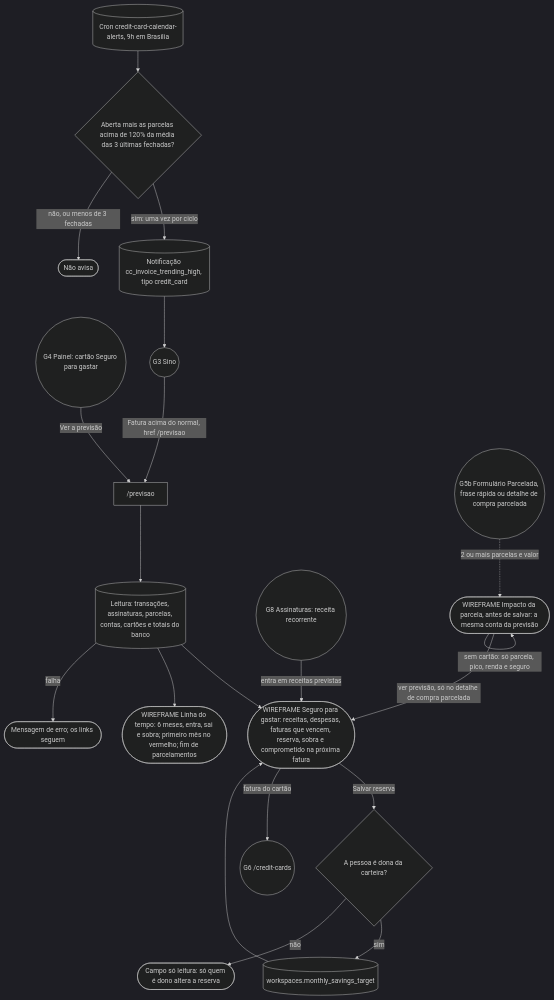
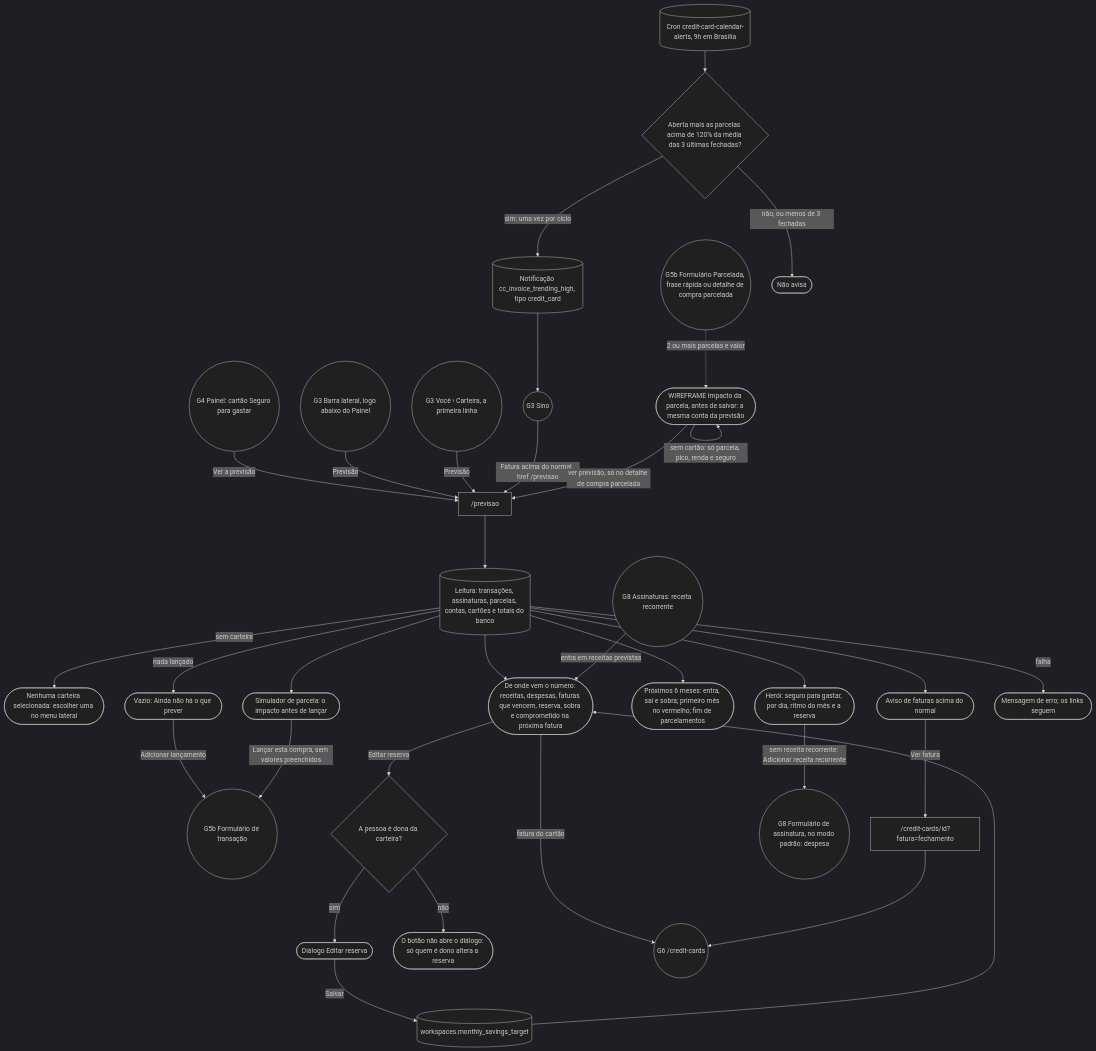
Before and after one commit to kauax2000/finance_app: diagram 20 of 32 in docs/JORNADAS.md, drawn with Mermaid. The commit also changed other lines of this file and 2 other files, not shown here.

Commit message:
docs(jornadas): a Previsão na navegação e as portas novas da tela

````diff
--- a/docs/JORNADAS.md
+++ b/docs/JORNADAS.md
@@ -1586,24 +1595,37 @@
 ```mermaid
 %%{init: {"theme": "dark"}}%%
 flowchart TD
     dash(("G4 Painel: cartão Seguro para gastar")) -->|"Ver a previsão"| prev["/previsao"]
+    side(("G3 Barra lateral, logo abaixo do Painel")) -->|"Previsão"| prev
+    voce(("G3 Você › Carteira, a primeira linha")) -->|"Previsão"| prev
     bell(("G3 Sino")) -->|"Fatura acima do normal, href /previsao"| prev
     prev --> read[("Leitura: transações, assinaturas, parcelas, contas, cartões e totais do banco")]
-    read --> detail(["WIREFRAME Seguro para gastar: receitas, despesas, faturas que vencem, reserva, sobra e comprometido na próxima fatura"])
-    read --> linhaTempo(["WIREFRAME Linha do tempo: 6 meses, entra, sai e sobra; primeiro mês no vermelho; fim de parcelamentos"])
+    read -->|"sem carteira"| noWallet(["Nenhuma carteira selecionada: escolher uma no menu lateral"])
+    read -->|"nada lançado"| vazio(["Vazio: Ainda não há o que prever"])
+    vazio -->|"Adicionar lançamento"| G5b(("G5b Formulário de transação"))
+    read --> heroi(["Herói: seguro para gastar, por dia, ritmo do mês e a reserva"])
+    read --> deOnde(["De onde vem o número: receitas, despesas, faturas que vencem, reserva, sobra e comprometido na próxima fatura"])
+    read --> proximos(["Próximos 6 meses: entra, sai e sobra; primeiro mês no vermelho; fim de parcelamentos"])
+    read --> altas(["Aviso de faturas acima do normal"])
+    read --> sim(["Simulador de parcela: o impacto antes de lançar"])
     read -->|"falha"| readErr(["Mensagem de erro; os links seguem"])
-    detail -->|"Salvar reserva"| owner{"A pessoa é dona da carteira?"}
-    owner -->|"sim"| saveReserve[("workspaces.monthly_savings_target")] --> detail
-    owner -->|"não"| readOnly(["Campo só leitura: só quem é dono altera a reserva"])
-    detail -->|"fatura do cartão"| G6(("G6 /credit-cards"))
+    deOnde -->|"Editar reserva"| owner{"A pessoa é dona da carteira?"}
+    owner -->|"sim"| reservaDlg(["Diálogo Editar reserva"])
+    reservaDlg -->|"Salvar"| saveReserve[("workspaces.monthly_savings_target")] --> deOnde
+    owner -->|"não"| readOnly(["O botão não abre o diálogo: só quem é dono altera a reserva"])
+    deOnde -->|"fatura do cartão"| G6(("G6 /credit-cards"))
+    altas -->|"Ver fatura"| fatura["/credit-cards/id?fatura=fechamento"]
+    fatura --> G6
+    sim -->|"Lançar esta compra, sem valores preenchidos"| G5b
+    heroi -->|"sem receita recorrente: Adicionar receita recorrente"| G8(("G8 Formulário de assinatura, no modo padrão: despesa"))
 
-    subs(("G8 Assinaturas: receita recorrente")) -->|"entra em receitas previstas"| detail
+    subs(("G8 Assinaturas: receita recorrente")) -->|"entra em receitas previstas"| deOnde
     form(("G5b Formulário Parcelada, frase rápida ou detalhe de compra parcelada")) -.->|"2 ou mais parcelas e valor"| impact(["WIREFRAME Impacto da parcela, antes de salvar: a mesma conta da previsão"])
     impact -->|"sem cartão: só parcela, pico, renda e seguro"| impact
-    impact -->|"ver previsão, só no detalhe de compra parcelada"| detail
+    impact -->|"ver previsão, só no detalhe de compra parcelada"| prev
 
     cron[("Cron credit-card-calendar-alerts, 9h em Brasília")] --> trend{"Aberta mais as parcelas acima de 120% da média das 3 últimas fechadas?"}
     trend -->|"sim: uma vez por ciclo"| alert[("Notificação cc_invoice_trending_high, tipo credit_card")]
     alert --> bell
     trend -->|"não, ou menos de 3 fechadas"| quiet(["Não avisa"])
 ```
````
